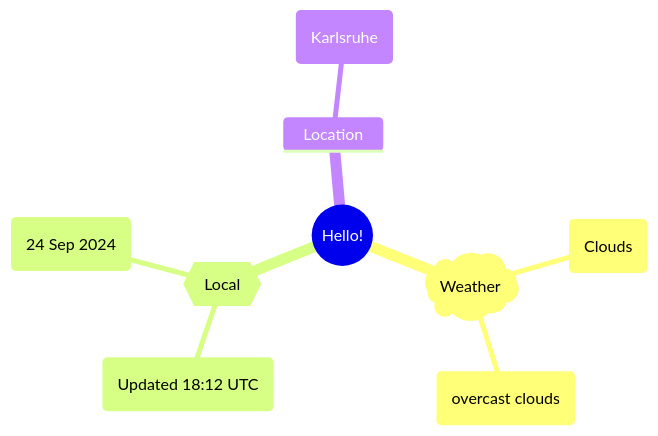
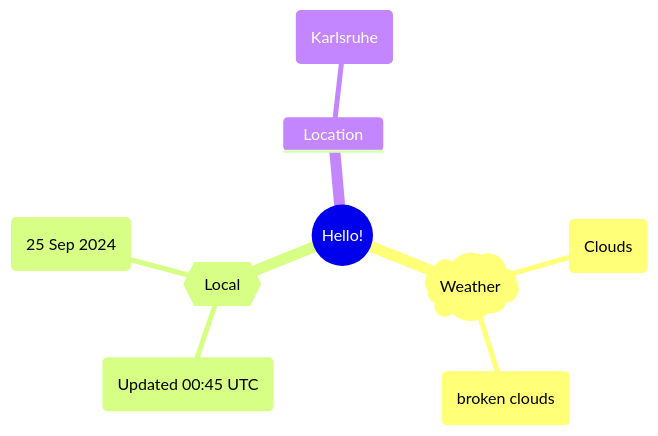
Before and after one commit to Xosrov/Xosrov: the first of 2 diagrams in README.md, drawn with Mermaid.

Commit message:
[bot] updated images

````diff
--- a/README.md
+++ b/README.md
@@ -3,12 +3,12 @@
 ```mermaid
 mindmap
   root((Hello!))
     )Weather(
         (Clouds)
-        (overcast clouds)
+        (broken clouds)
     {{Local}}
-        (Updated 18:12 UTC)
-        (24 Sep 2024)
+        (Updated 00:45 UTC)
+        (25 Sep 2024)
     Location
         (Karlsruhe)
 ```
````
